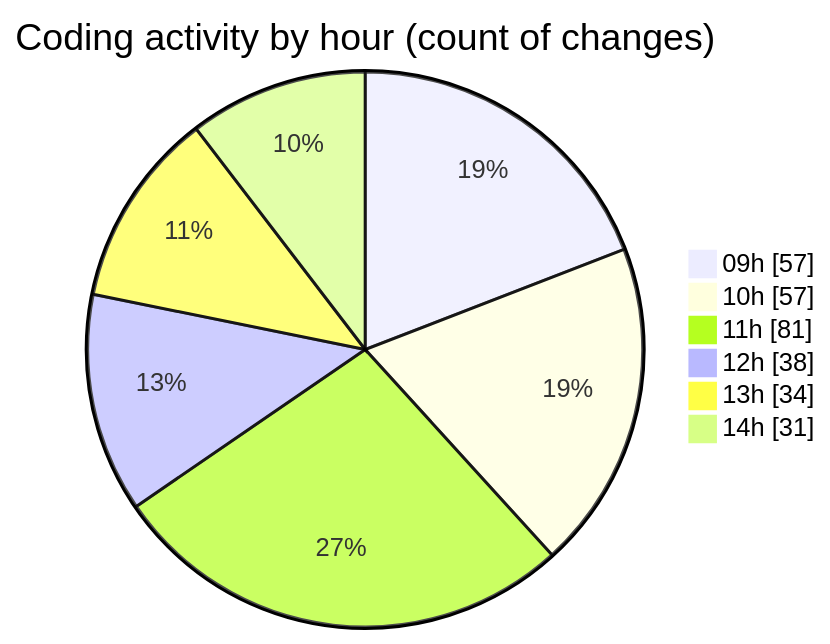
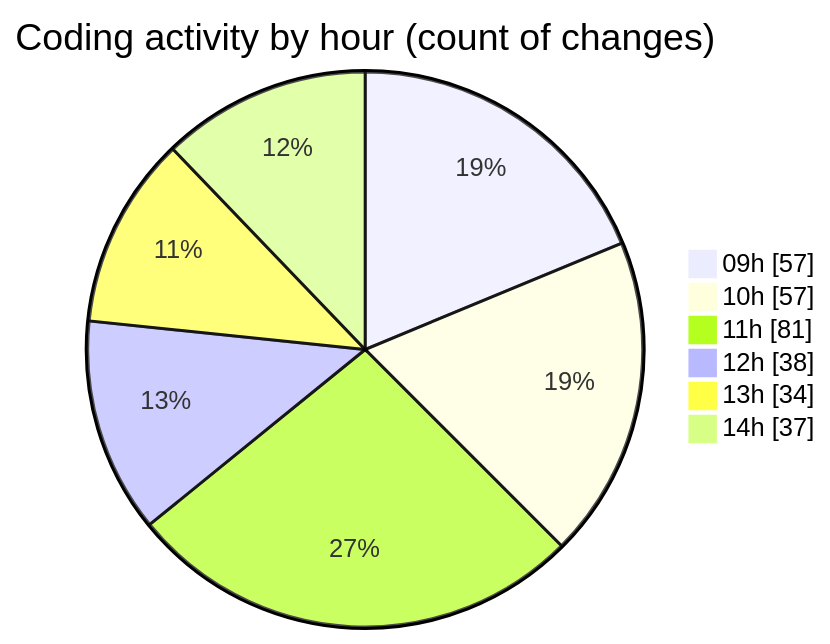
The second of 2 diagrams in 2025-09-19/cda/README.md (momahboobian/code-tracking), drawn with Mermaid before and after one commit. The commit also changed other lines of this file and 1 other file, not shown here.

````diff
--- a/2025-09-19/cda/README.md
+++ b/2025-09-19/cda/README.md
@@ -35,10 +35,10 @@
 ```mermaid
 pie showData
 title Coding activity by hour (count of changes)
 "09h" : 57
 "10h" : 57
 "11h" : 81
 "12h" : 38
 "13h" : 34
-"14h" : 31
+"14h" : 37
 ```
````
